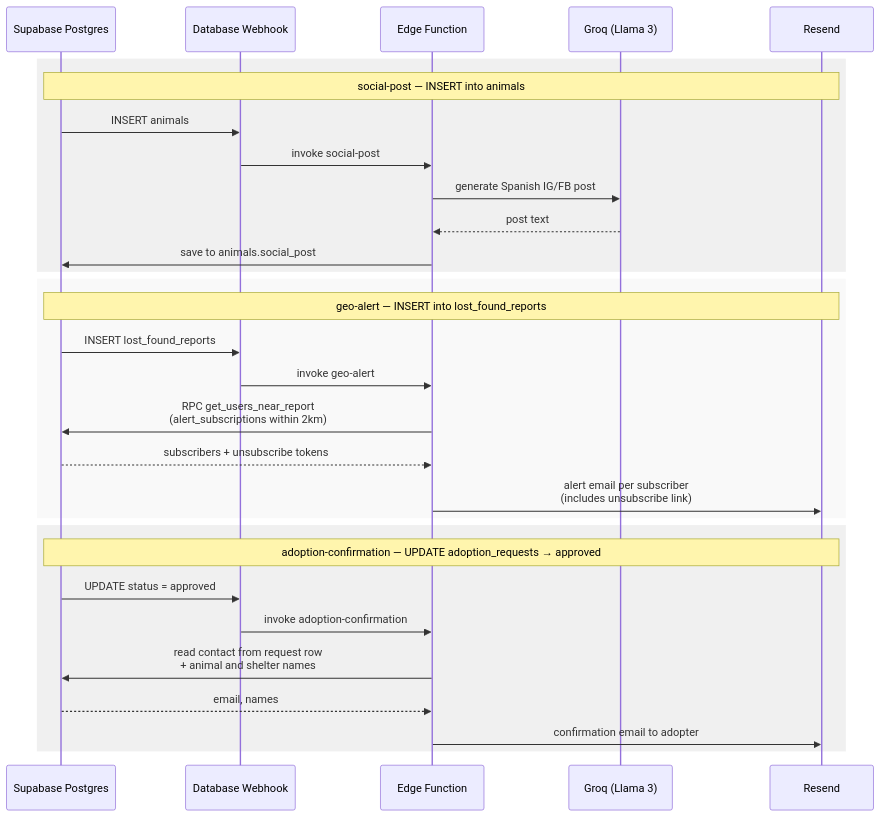
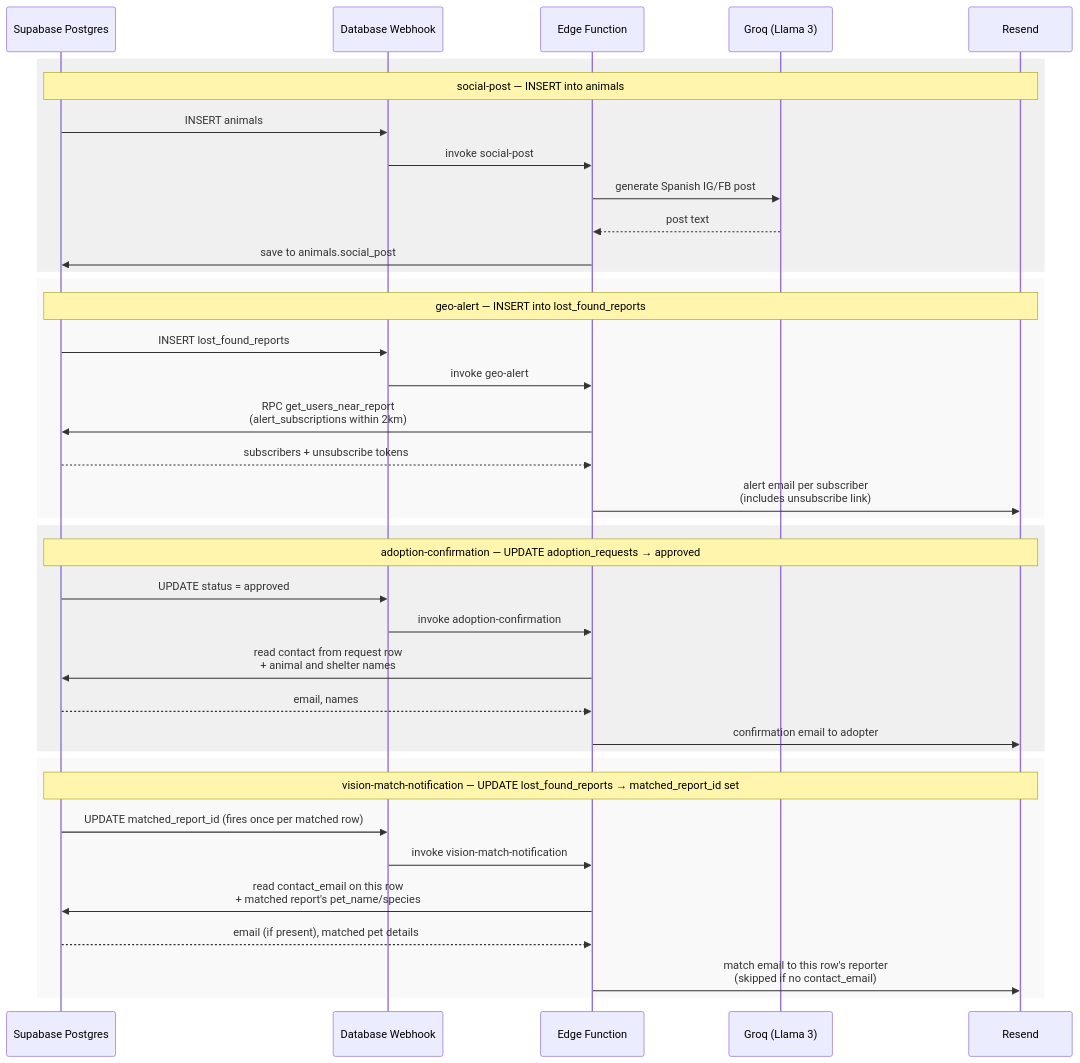
One commit to gamp92/pawlink changed the seventh of 7 diagrams in docs/architecture.md. Above: the diagram before and after it, drawn with Mermaid. The commit also changed other lines of this file and 2 other files, not shown here.

Commit message:
feat: add contact_email column and vision-match-notification Edge Function
Claude-Session: https://claude.ai/code/session_014zUmY1DME9HWBFeEtYPTSw

````diff
--- a/docs/architecture.md
+++ b/docs/architecture.md
@@ -278,35 +278,44 @@
 ```mermaid
 sequenceDiagram
     participant DB as Supabase Postgres
     participant WH as Database Webhook
     participant EF as Edge Function
     participant Groq as Groq (Llama 3)
     participant Resend as Resend
 
     rect rgba(128, 128, 128, 0.12)
         Note over DB,Resend: social-post — INSERT into animals
         DB->>WH: INSERT animals
         WH->>EF: invoke social-post
         EF->>Groq: generate Spanish IG/FB post
         Groq-->>EF: post text
         EF->>DB: save to animals.social_post
     end
 
     rect rgba(128, 128, 128, 0.05)
         Note over DB,Resend: geo-alert — INSERT into lost_found_reports
         DB->>WH: INSERT lost_found_reports
         WH->>EF: invoke geo-alert
         EF->>DB: RPC get_users_near_report<br/>(alert_subscriptions within 2km)
         DB-->>EF: subscribers + unsubscribe tokens
         EF->>Resend: alert email per subscriber<br/>(includes unsubscribe link)
     end
 
     rect rgba(128, 128, 128, 0.12)
         Note over DB,Resend: adoption-confirmation — UPDATE adoption_requests → approved
         DB->>WH: UPDATE status = approved
         WH->>EF: invoke adoption-confirmation
         EF->>DB: read contact from request row<br/>+ animal and shelter names
         DB-->>EF: email, names
         EF->>Resend: confirmation email to adopter
     end
+
+    rect rgba(128, 128, 128, 0.05)
+        Note over DB,Resend: vision-match-notification — UPDATE lost_found_reports → matched_report_id set
+        DB->>WH: UPDATE matched_report_id (fires once per matched row)
+        WH->>EF: invoke vision-match-notification
+        EF->>DB: read contact_email on this row<br/>+ matched report's pet_name/species
+        DB-->>EF: email (if present), matched pet details
+        EF->>Resend: match email to this row's reporter<br/>(skipped if no contact_email)
+    end
 ```
````
